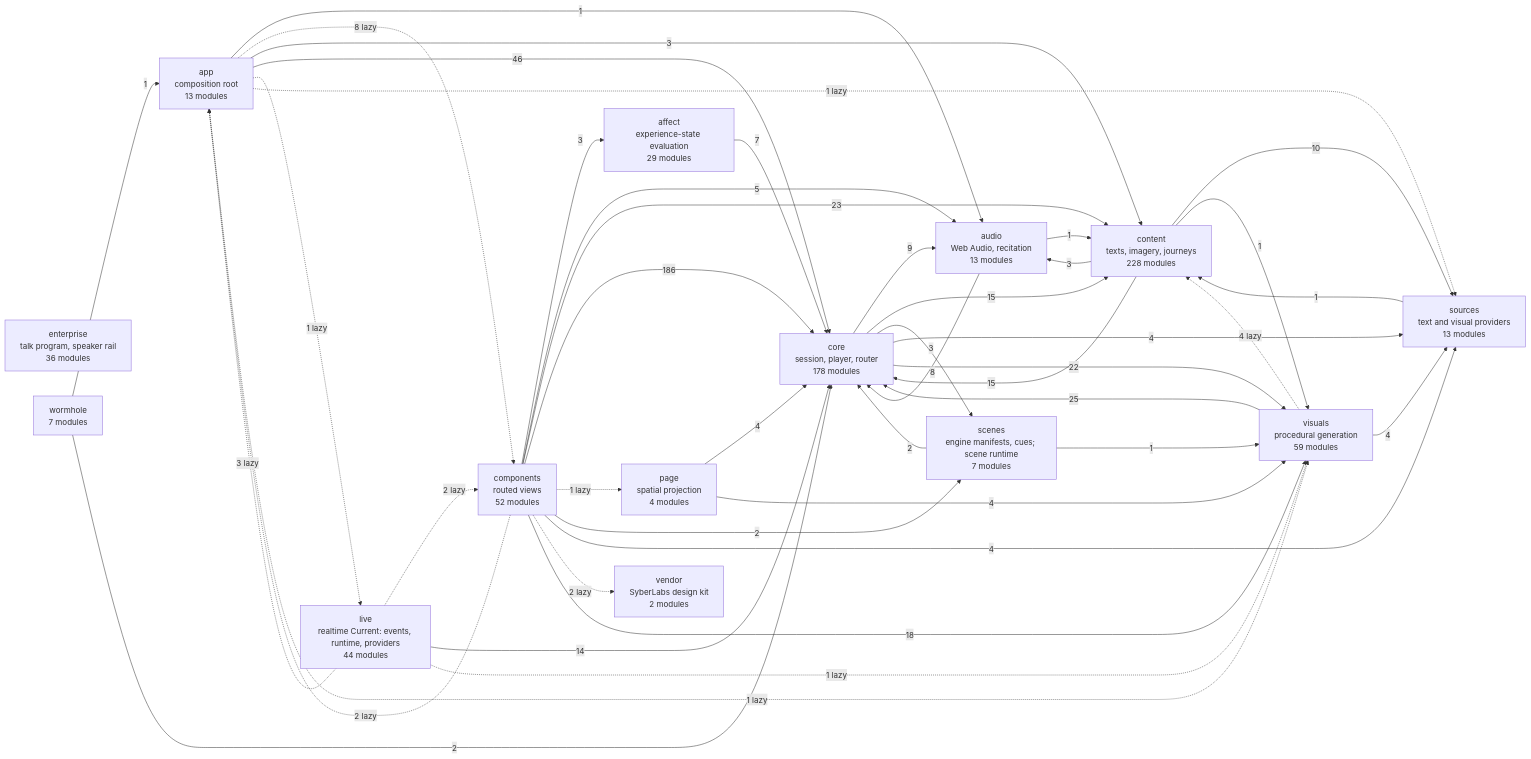
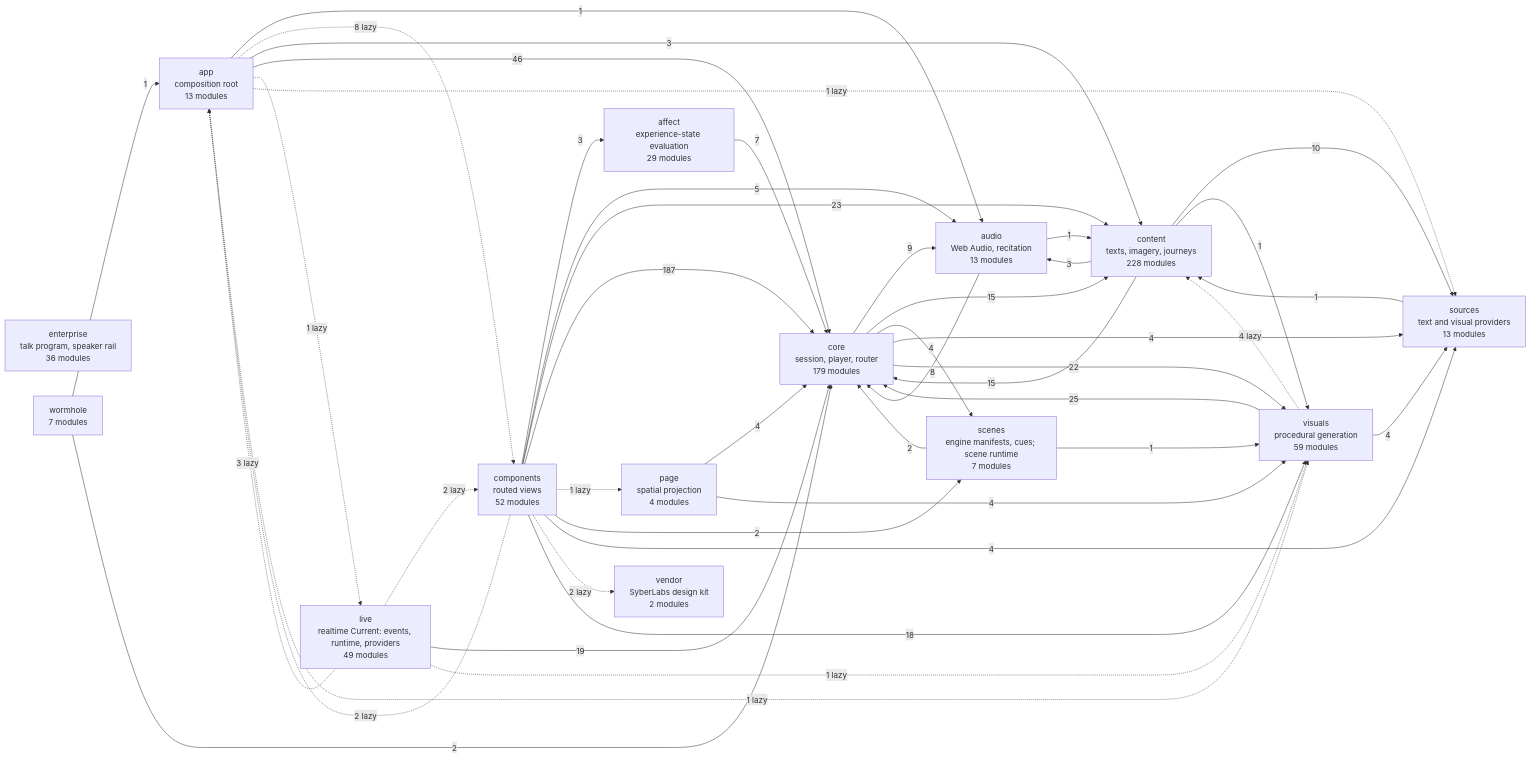
One commit to SyberLabs/RISE changed the diagram in docs/specs/ARCHITECTURE.md. Above: the diagram before and after it, drawn with Mermaid. The commit also changed 4 other files, not shown here.

First line of the commit message:
CC-007: the guide's new home and resources in the docs; the diagram regenerated

````diff
--- a/docs/specs/ARCHITECTURE.md
+++ b/docs/specs/ARCHITECTURE.md
@@ -154,61 +154,61 @@
 ```mermaid
 flowchart LR
     affect["affect<br/>experience-state evaluation<br/>29 modules"]
     app["app<br/>composition root<br/>13 modules"]
     audio["audio<br/>Web Audio, recitation<br/>13 modules"]
     components["components<br/>routed views<br/>52 modules"]
     content["content<br/>texts, imagery, journeys<br/>228 modules"]
-    core["core<br/>session, player, router<br/>178 modules"]
+    core["core<br/>session, player, router<br/>179 modules"]
     enterprise["enterprise<br/>talk program, speaker rail<br/>36 modules"]
-    live["live<br/>realtime Current: events, runtime, providers<br/>44 modules"]
+    live["live<br/>realtime Current: events, runtime, providers<br/>49 modules"]
     page["page<br/>spatial projection<br/>4 modules"]
     scenes["scenes<br/>engine manifests, cues; scene runtime<br/>7 modules"]
     sources["sources<br/>text and visual providers<br/>13 modules"]
     vendor["vendor<br/>SyberLabs design kit<br/>2 modules"]
     visuals["visuals<br/>procedural generation<br/>59 modules"]
     wormhole["wormhole<br/>7 modules"]
 
     affect --> |7| core
     app --> |1| audio
     app -.-> |8 lazy| components
     app --> |3| content
     app --> |46| core
     app -.-> |1 lazy| live
     app -.-> |1 lazy| sources
     app -.-> |1 lazy| visuals
     audio --> |1| content
     audio --> |8| core
     components --> |3| affect
     components -.-> |2 lazy| app
     components --> |5| audio
     components --> |23| content
-    components --> |186| core
+    components --> |187| core
     components -.-> |1 lazy| page
     components --> |2| scenes
     components --> |4| sources
     components -.-> |2 lazy| vendor
     components --> |18| visuals
     content --> |3| audio
     content --> |15| core
     content --> |10| sources
     content --> |1| visuals
     core --> |9| audio
     core --> |15| content
-    core --> |3| scenes
+    core --> |4| scenes
     core --> |4| sources
     core --> |22| visuals
     live -.-> |3 lazy| app
     live -.-> |2 lazy| components
-    live --> |14| core
+    live --> |19| core
     live -.-> |1 lazy| visuals
     page --> |4| core
     page --> |4| visuals
     scenes --> |2| core
     scenes --> |1| visuals
     sources --> |1| content
     visuals -.-> |4 lazy| content
     visuals --> |25| core
     visuals --> |4| sources
     wormhole --> |1| app
     wormhole --> |2| core
 ```
````
